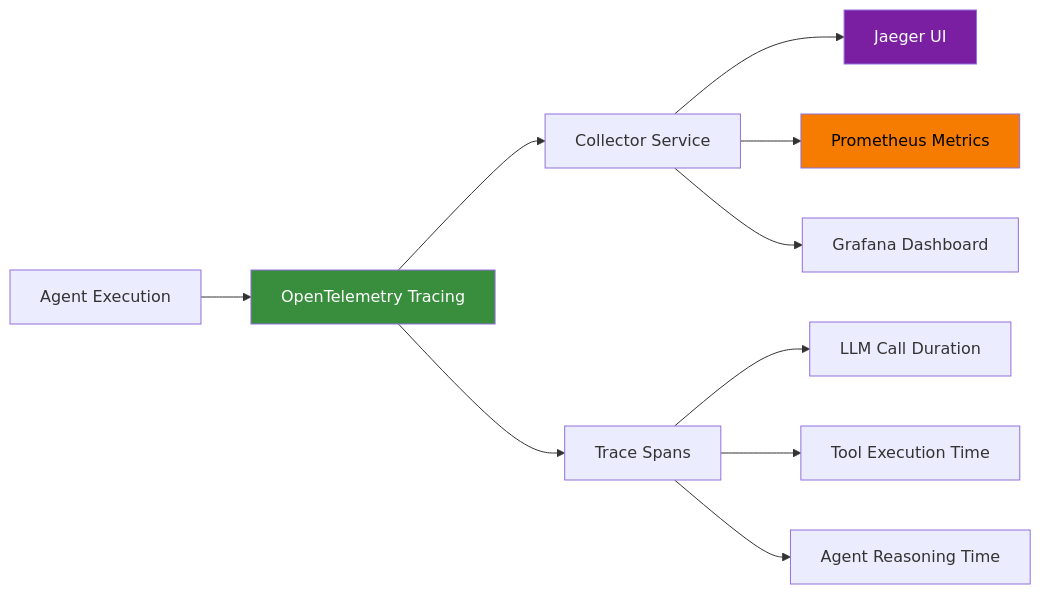
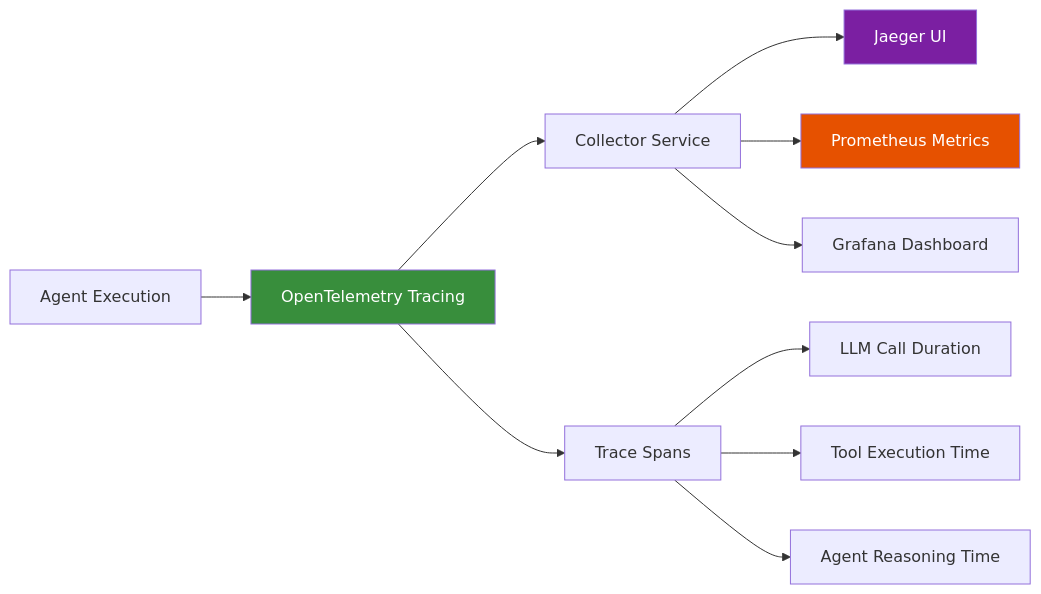
Before and after one commit to fwornle/agentic-ai-nano: the ninth of 15 diagrams in docs-content/01_frameworks/Session1_ModuleD_Coding_Assistant_Case_Study.md, drawn with Mermaid. The commit also changed other lines of this file, not shown here.

````diff
--- a/docs-content/01_frameworks/Session1_ModuleD_Coding_Assistant_Case_Study.md
+++ b/docs-content/01_frameworks/Session1_ModuleD_Coding_Assistant_Case_Study.md
@@ -527,17 +527,17 @@
 ```mermaid
 graph LR
     A[Agent Execution] --> T[OpenTelemetry Tracing]
     T --> C[Collector Service]
     C --> J[Jaeger UI]
     C --> P[Prometheus Metrics]
     C --> G[Grafana Dashboard]
     
     T --> SPANS[Trace Spans]
     SPANS --> LLM[LLM Call Duration]
     SPANS --> TOOL[Tool Execution Time]
     SPANS --> AGENT[Agent Reasoning Time]
     
     style T fill:#388E3C,color:#ffffff
     style J fill:#7B1FA2,color:#ffffff
-    style P fill:#F57C00,color:#000000
+    style P fill:#E65100,color:#ffffff
 ```
````
